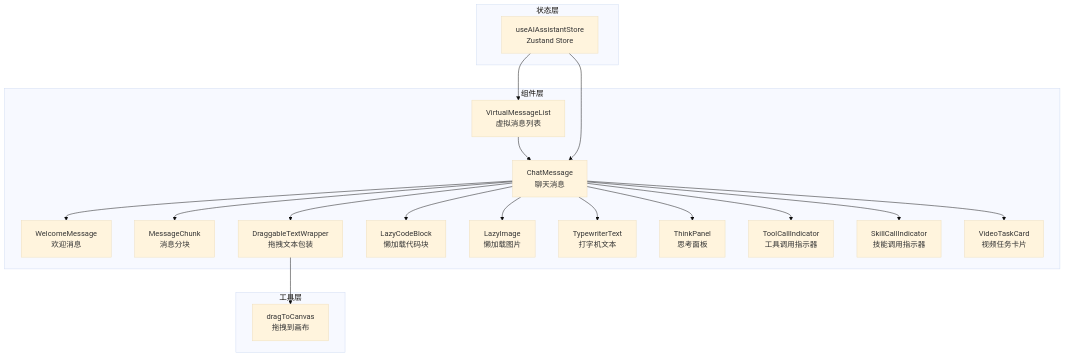
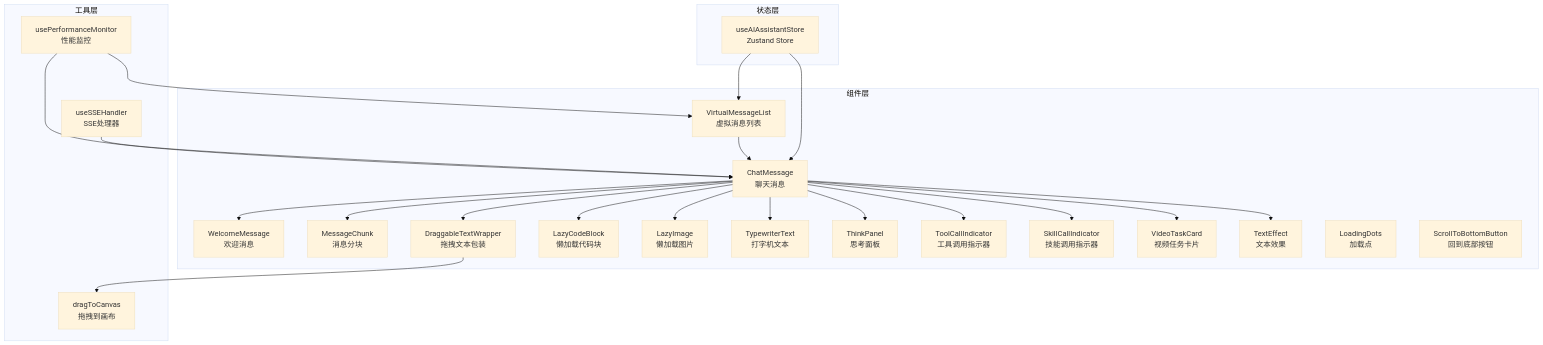
Before and after one commit to KunLabAI/KunFlix: the first of 5 diagrams in .qoder/repowiki/zh/content/前端组件系统/AI助手组件/消息系统.md, drawn with Mermaid (base theme). The commit also changed other lines of this file and 21 other files, not shown here.

````diff
--- a/.qoder/repowiki/zh/content/前端组件系统/AI助手组件/消息系统.md
+++ b/.qoder/repowiki/zh/content/前端组件系统/AI助手组件/消息系统.md
@@ -43,37 +60,46 @@
 ```mermaid
 graph TB
 subgraph "组件层"
 CM["ChatMessage<br/>聊天消息"]
 WM["WelcomeMessage<br/>欢迎消息"]
 MC["MessageChunk<br/>消息分块"]
 DTW["DraggableTextWrapper<br/>拖拽文本包装"]
 LCB["LazyCodeBlock<br/>懒加载代码块"]
 LI["LazyImage<br/>懒加载图片"]
 TT["TypewriterText<br/>打字机文本"]
 TP["ThinkPanel<br/>思考面板"]
 TCI["ToolCallIndicator<br/>工具调用指示器"]
 SCI["SkillCallIndicator<br/>技能调用指示器"]
 VTC["VideoTaskCard<br/>视频任务卡片"]
 VML["VirtualMessageList<br/>虚拟消息列表"]
+TE["TextEffect<br/>文本效果"]
+LD["LoadingDots<br/>加载点"]
+STBB["ScrollToBottomButton<br/>回到底部按钮"]
 end
 subgraph "状态层"
 ZS["useAIAssistantStore<br/>Zustand Store"]
 end
 subgraph "工具层"
 D2C["dragToCanvas<br/>拖拽到画布"]
+PM["usePerformanceMonitor<br/>性能监控"]
+SSH["useSSEHandler<br/>SSE处理器"]
 end
 CM --> WM
 CM --> MC
 CM --> DTW
 CM --> LCB
 CM --> LI
 CM --> TT
 CM --> TP
 CM --> TCI
 CM --> SCI
 CM --> VTC
+CM --> TE
 VML --> CM
 ZS --> CM
 ZS --> VML
 DTW --> D2C
+PM --> CM
+PM --> VML
+SSH --> CM
 ```
````
